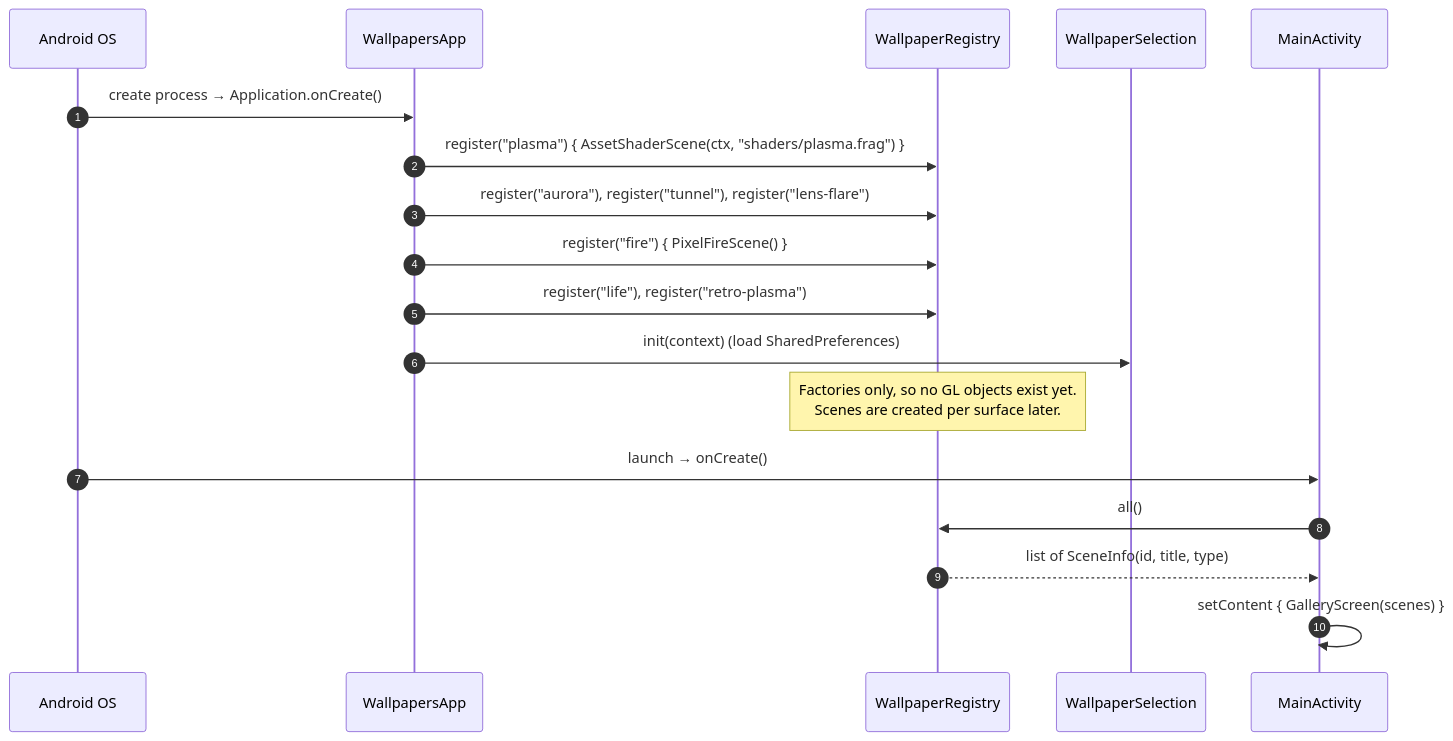
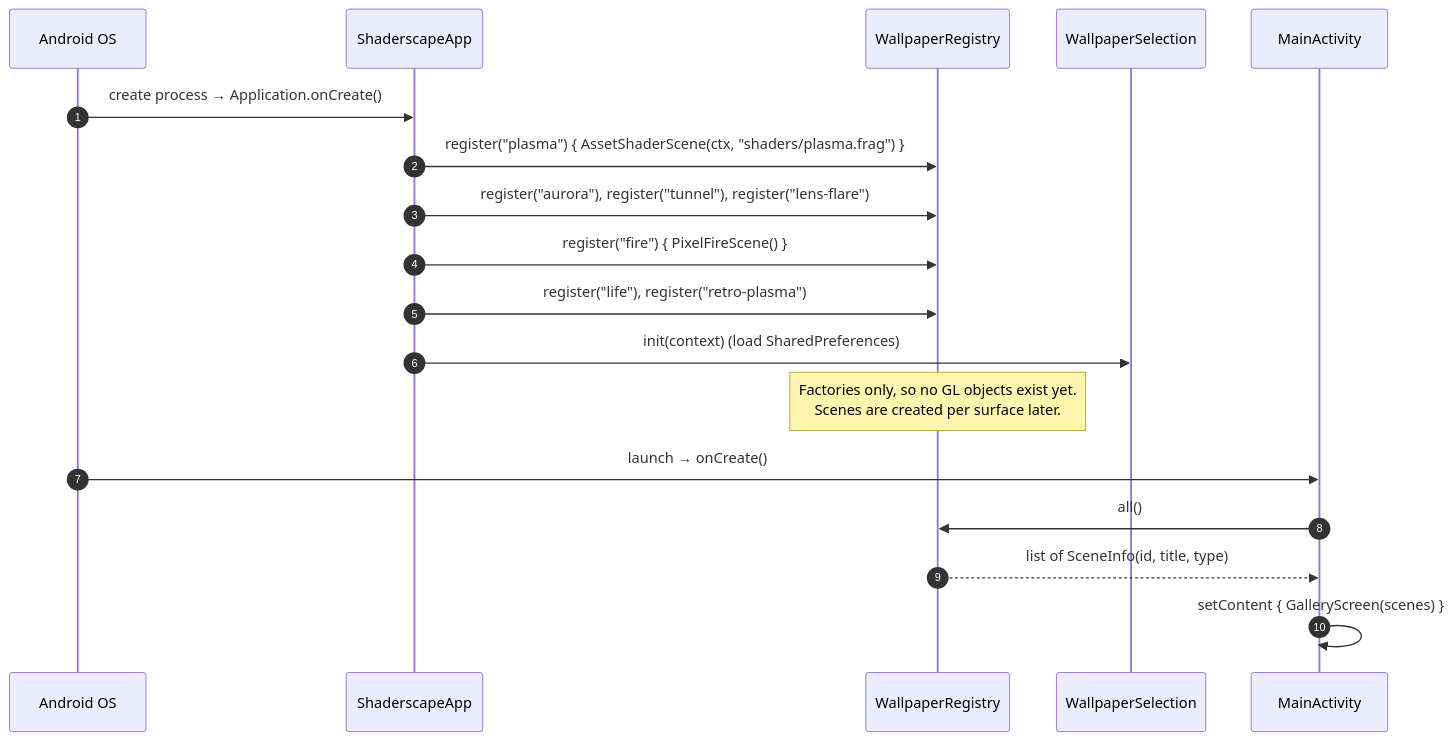
Before and after one commit to PhaniKiran1999/shaderscape: the first of 7 diagrams in design-docs/sequence-flows.md, drawn with Mermaid. The commit also changed 27 other files, not shown here.

First line of the commit message:
Rename the app to Shaderscape

````diff
--- a/design-docs/sequence-flows.md
+++ b/design-docs/sequence-flows.md
@@ -17,21 +17,21 @@
 ```mermaid
 sequenceDiagram
     autonumber
     participant OS as Android OS
-    participant App as WallpapersApp
+    participant App as ShaderscapeApp
     participant Reg as WallpaperRegistry
     participant Sel as WallpaperSelection
     participant Act as MainActivity
 
     OS->>App: create process → Application.onCreate()
     App->>Reg: register("plasma") { AssetShaderScene(ctx, "shaders/plasma.frag") }
     App->>Reg: register("aurora"), register("tunnel"), register("lens-flare")
     App->>Reg: register("fire") { PixelFireScene() }
     App->>Reg: register("life"), register("retro-plasma")
     App->>Sel: init(context) (load SharedPreferences)
     Note over Reg: Factories only, so no GL objects exist yet.<br/>Scenes are created per surface later.
     OS->>Act: launch → onCreate()
     Act->>Reg: all()
     Reg-->>Act: list of SceneInfo(id, title, type)
     Act->>Act: setContent { GalleryScreen(scenes) }
 ```
````
